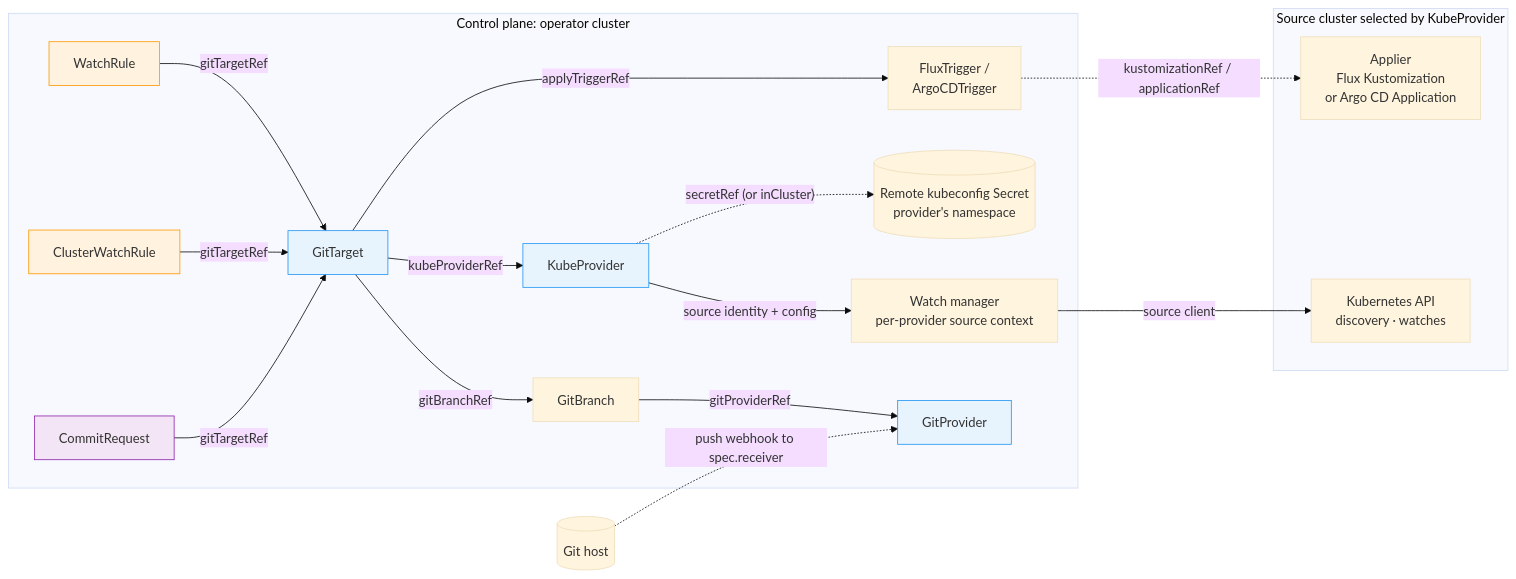
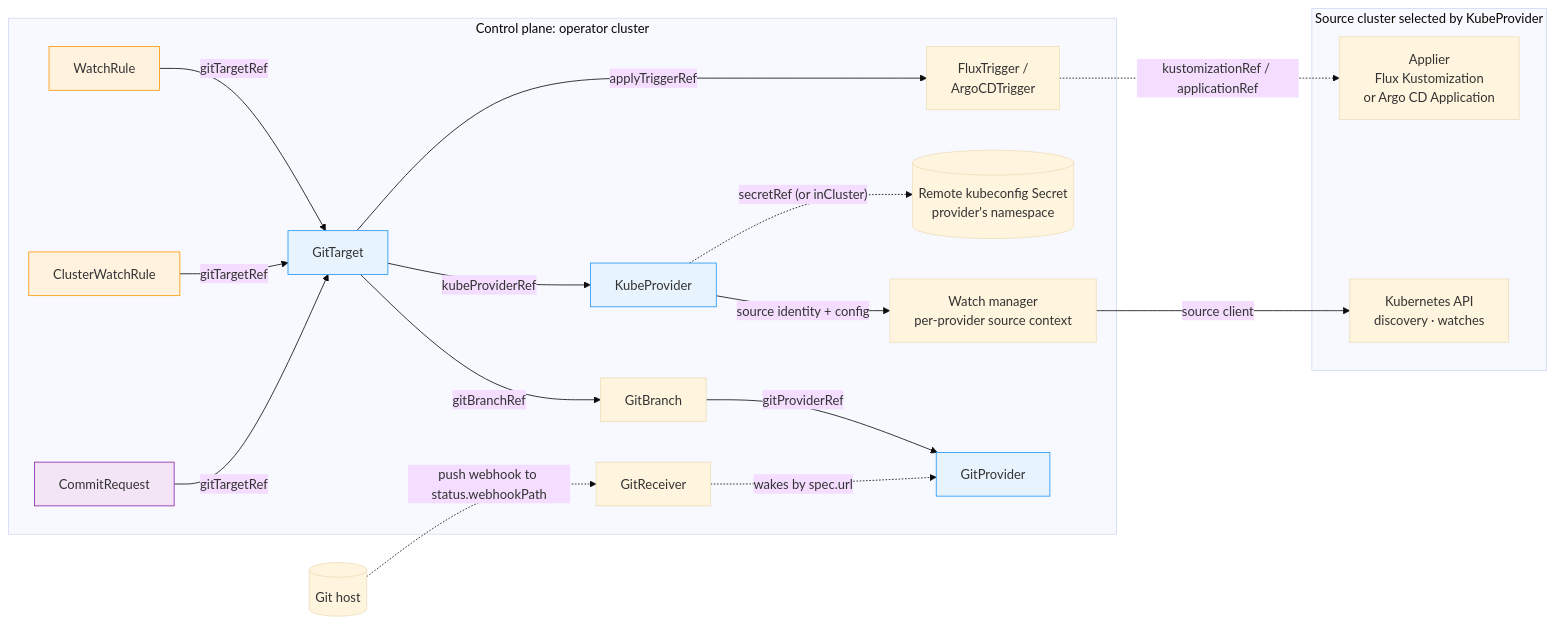
One commit to ConfigButler/gitops-reverser changed the first of 6 diagrams in docs/architecture.md. Above: the diagram before and after it, drawn with Mermaid (base theme). The commit also changed other lines of this file and 65 other files, not shown here.

First line of the commit message:
feat!: one GitReceiver for many repositories (#432)

````diff
--- a/docs/architecture.md
+++ b/docs/architecture.md
@@ -284,34 +287,35 @@
 ```mermaid
 graph LR
     subgraph CONTROL["Control plane: operator cluster"]
         WR[WatchRule] -->|gitTargetRef| GT[GitTarget]
         CWR[ClusterWatchRule] -->|gitTargetRef| GT
         CR[CommitRequest] -->|gitTargetRef| GT
         GT -->|applyTriggerRef| TR["FluxTrigger /\nArgoCDTrigger"]
         GT -->|kubeProviderRef| CP[KubeProvider]
         GT -->|gitBranchRef| GB[GitBranch]
         GB -->|gitProviderRef| GP[GitProvider]
+        GR[GitReceiver] -.->|"wakes by spec.url"| GP
         KCFG[("Remote kubeconfig Secret\nprovider's namespace")]
         WM["Watch manager\nper-provider source context"]
     end
 
     subgraph SOURCE["Source cluster selected by KubeProvider"]
         API["Kubernetes API\ndiscovery · watches"]
         APPLIER["Applier\nFlux Kustomization\nor Argo CD Application"]
     end
 
     HOST[("Git host")]
 
     CP -. "secretRef (or inCluster)" .-> KCFG
     CP -->|"source identity + config"| WM
     WM -->|"source client"| API
     TR -. "kustomizationRef / applicationRef" .-> APPLIER
-    HOST -. "push webhook to spec.receiver" .-> GP
+    HOST -. "push webhook to status.webhookPath" .-> GR
 
     style GP fill:#e8f4fd,stroke:#2196f3
     style CP fill:#e8f4fd,stroke:#2196f3
     style GT fill:#e8f4fd,stroke:#2196f3
     style WR fill:#fff3e0,stroke:#ff9800
     style CWR fill:#fff3e0,stroke:#ff9800
     style CR fill:#f3e5f5,stroke:#8e24aa
 ```
````
